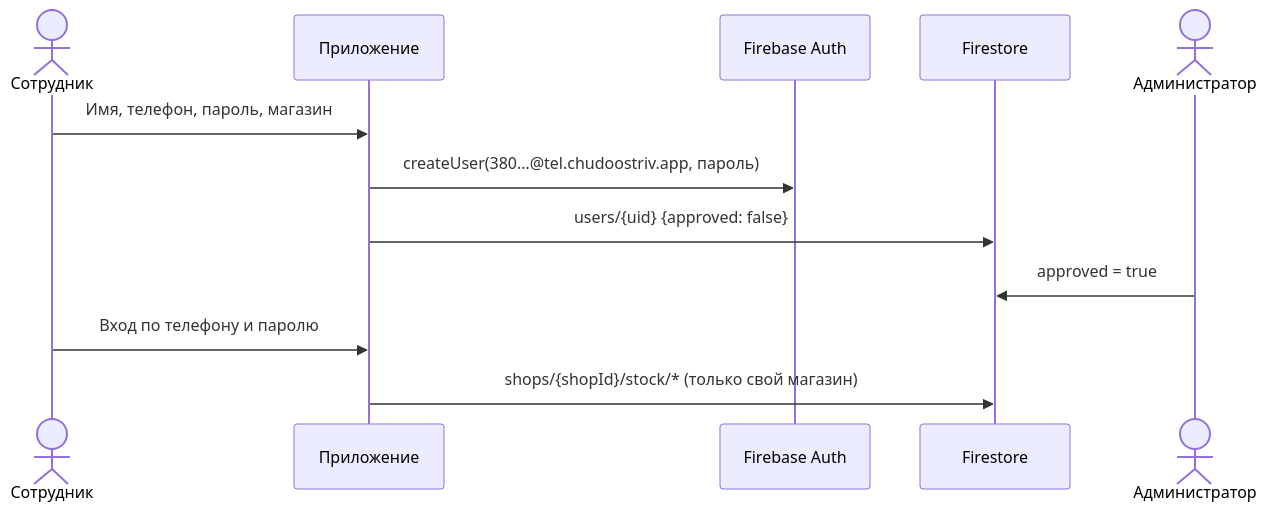
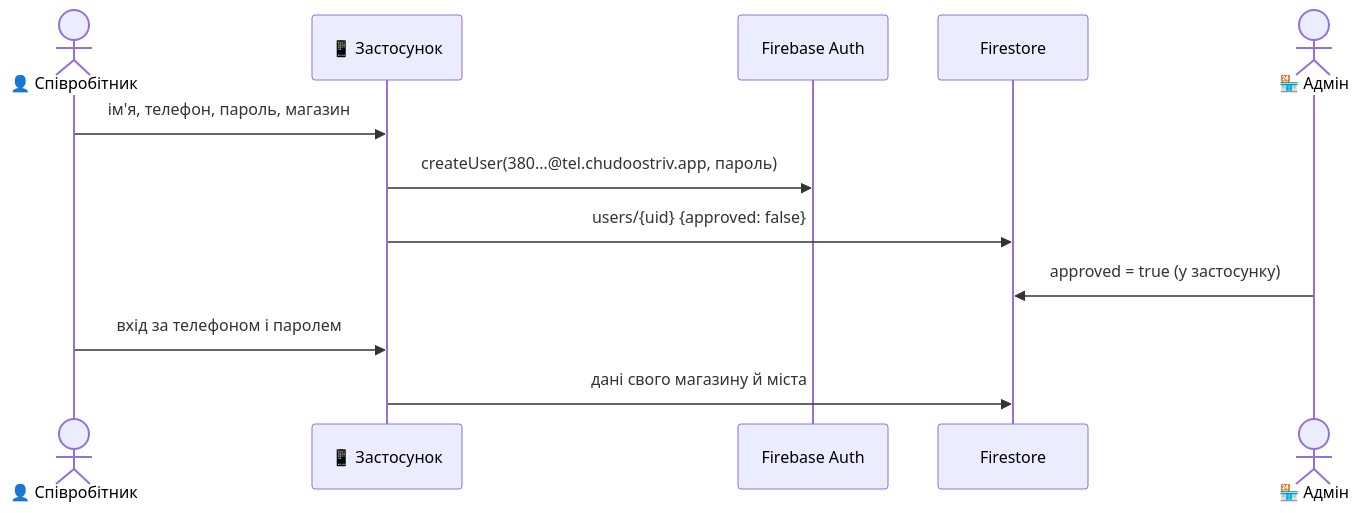
The sixth of 10 diagrams in ARCHITECTURE.md (Nikifor3663636/chudoskan), drawn with Mermaid before and after one commit. The commit also changed other lines of this file and 1 other file, not shown here.

First line of the commit message:
README і ARCHITECTURE: новий вигляд, діаграми, актуальний стан 3.0

````diff
--- a/ARCHITECTURE.md
+++ b/ARCHITECTURE.md
@@ -219,14 +234,14 @@
 ```mermaid
 sequenceDiagram
-    actor E as Сотрудник
-    participant App as Приложение
+    actor E as 👤 Співробітник
+    participant App as 📱 Застосунок
     participant Auth as Firebase Auth
     participant DB as Firestore
-    actor Adm as Администратор
-    E->>App: Имя, телефон, пароль, магазин
+    actor Adm as 🏪 Адмін
+    E->>App: ім'я, телефон, пароль, магазин
     App->>Auth: createUser(380…@tel.chudoostriv.app, пароль)
     App->>DB: users/{uid} {approved: false}
-    Adm->>DB: approved = true
-    E->>App: Вход по телефону и паролю
-    App->>DB: shops/{shopId}/stock/* (только свой магазин)
+    Adm->>DB: approved = true (у застосунку)
+    E->>App: вхід за телефоном і паролем
+    App->>DB: дані свого магазину й міста
 ```
````
